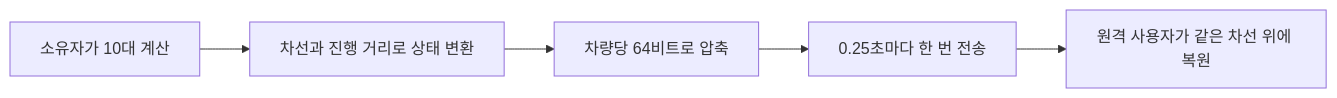
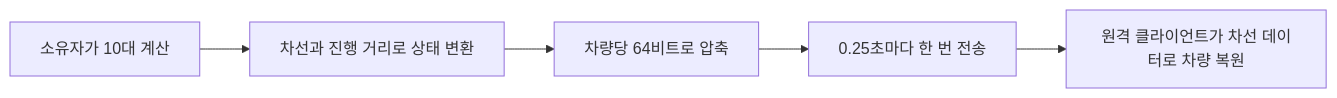
One commit to hjcud/Shinjuku-Live-Street changed the diagram in Docs/optimization.md. Above: the diagram before and after it, drawn with Mermaid. The commit also changed other lines of this file and 11 other files, not shown here.

````diff
--- a/Docs/optimization.md
+++ b/Docs/optimization.md
@@ -90,7 +80,7 @@
 ```mermaid
 flowchart LR
     A[소유자가 10대 계산] --> B[차선과 진행 거리로 상태 변환]
     B --> C[차량당 64비트로 압축]
     C --> D[0.25초마다 한 번 전송]
-    D --> E[원격 사용자가 같은 차선 위에 복원]
+    D --> E[원격 클라이언트가 차선 데이터로 차량 복원]
 ```
````
